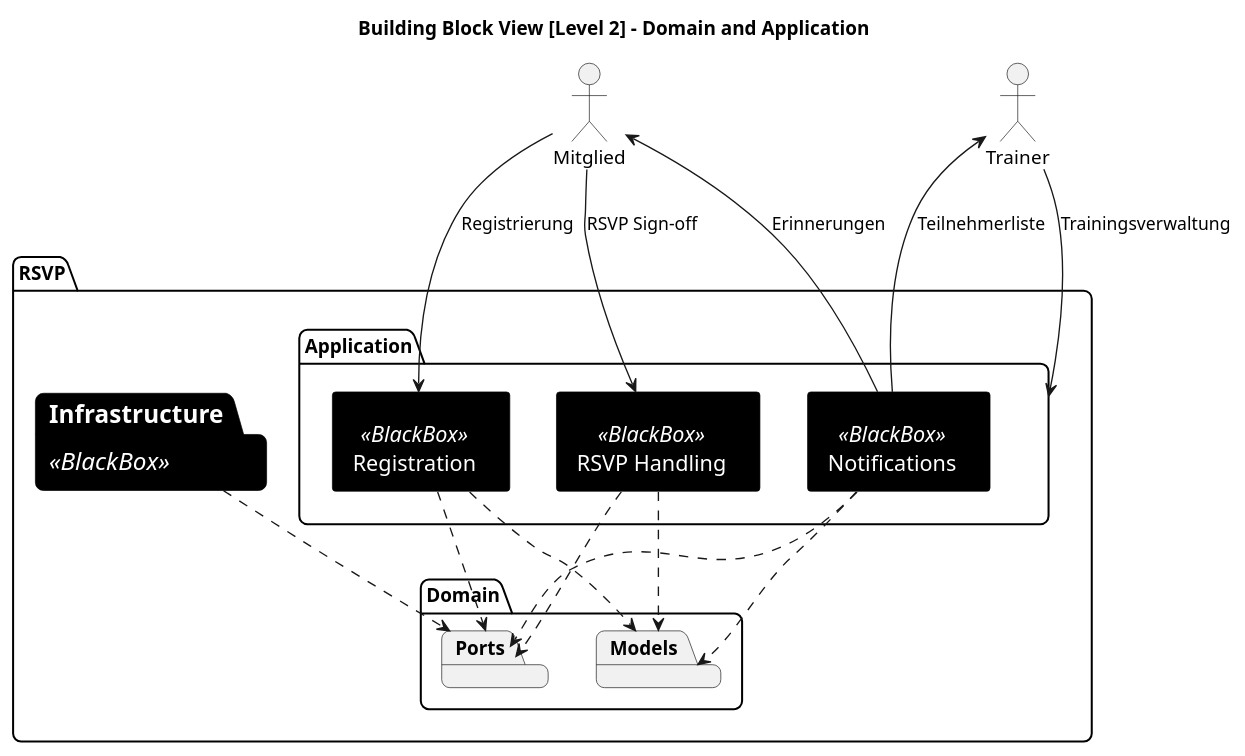
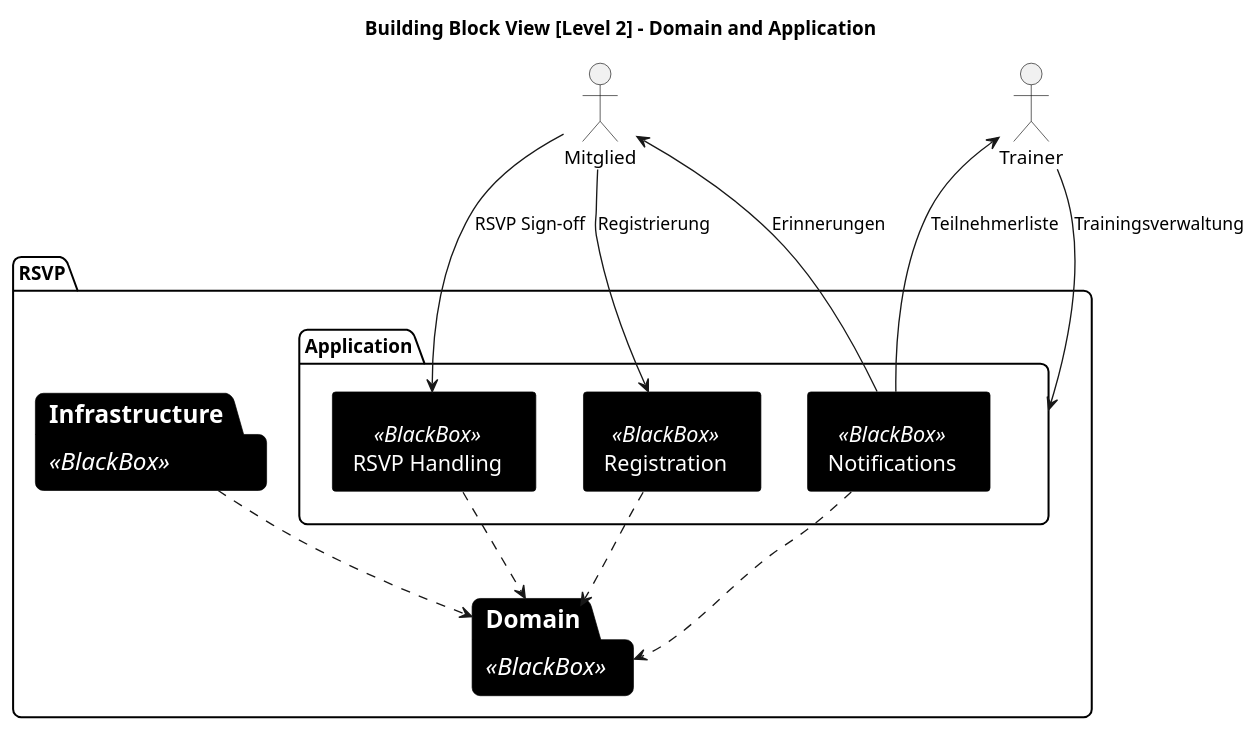
The diagram in docs/5_Building_Block_View/building_block_lvl_2_application.puml (Latissi/google-sheet-rsvp-integration), drawn with PlantUML before and after one commit. The commit also changed 1 other file, not shown here.

```diff
--- a/docs/5_Building_Block_View/building_block_lvl_2_application.puml
+++ b/docs/5_Building_Block_View/building_block_lvl_2_application.puml
@@ -1,57 +1,49 @@
 @startuml
 title Building Block View [Level 2] - Domain and Application
 
 skinparam shadowing false
 skinparam defaultTextAlignment center
 skinparam package {
   RoundCorner 12
 }
 skinparam package<<BlackBox>> {
   BackgroundColor black
   BorderColor black
   FontColor white
   FontSize 18
   Padding 60
 }
 skinparam component<<BlackBox>> {
   BackgroundColor black
   BorderColor black
   FontColor white
   FontSize 16
 }
 
 actor "Mitglied" as Member
 actor "Trainer" as Trainer
 
 package RSVP {
   package "Application" as Application {
     component "Registration" as Registration <<BlackBox>>
     component "RSVP Handling" as Rsvp <<BlackBox>>
     component "Notifications" as Notifications <<BlackBox>>
   }
 
-  package "Domain" as Domain {
-    package "Models" as Models
-    package "Ports" as Ports
-  }
+  package "Domain" as Domain <<BlackBox>>
 
   package "Infrastructure" as Infrastructure <<BlackBox>>
 }
 
 Member --> Registration : Registrierung
 Member --> Rsvp : RSVP Sign-off
 Trainer --> Application : Trainingsverwaltung
 Notifications --> Member : Erinnerungen
 Notifications --> Trainer : Teilnehmerliste
 
-Registration ..> Models
-Registration ..> Ports
+Registration ..> Domain
+Rsvp ..> Domain
+Notifications ..> Domain
 
-Rsvp ..> Models
-Rsvp ..> Ports
-
-Notifications ..> Models
-Notifications ..> Ports
-
-Infrastructure ..> Ports
+Infrastructure ..> Domain
 @enduml
```
